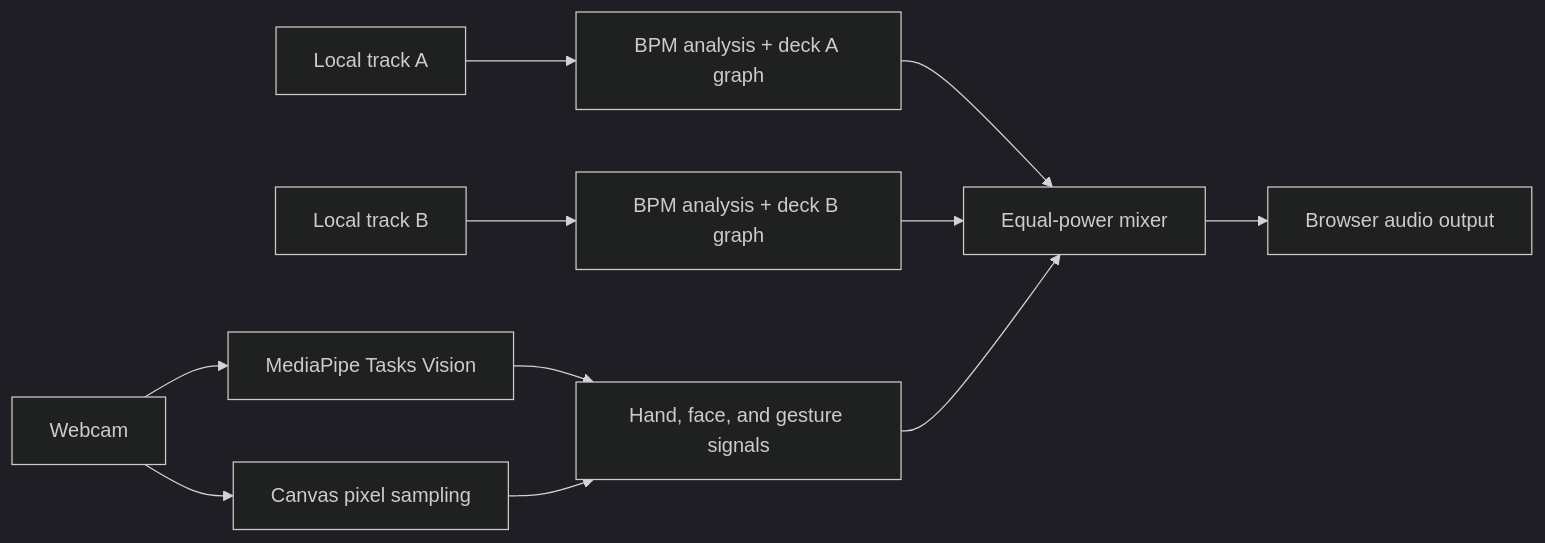
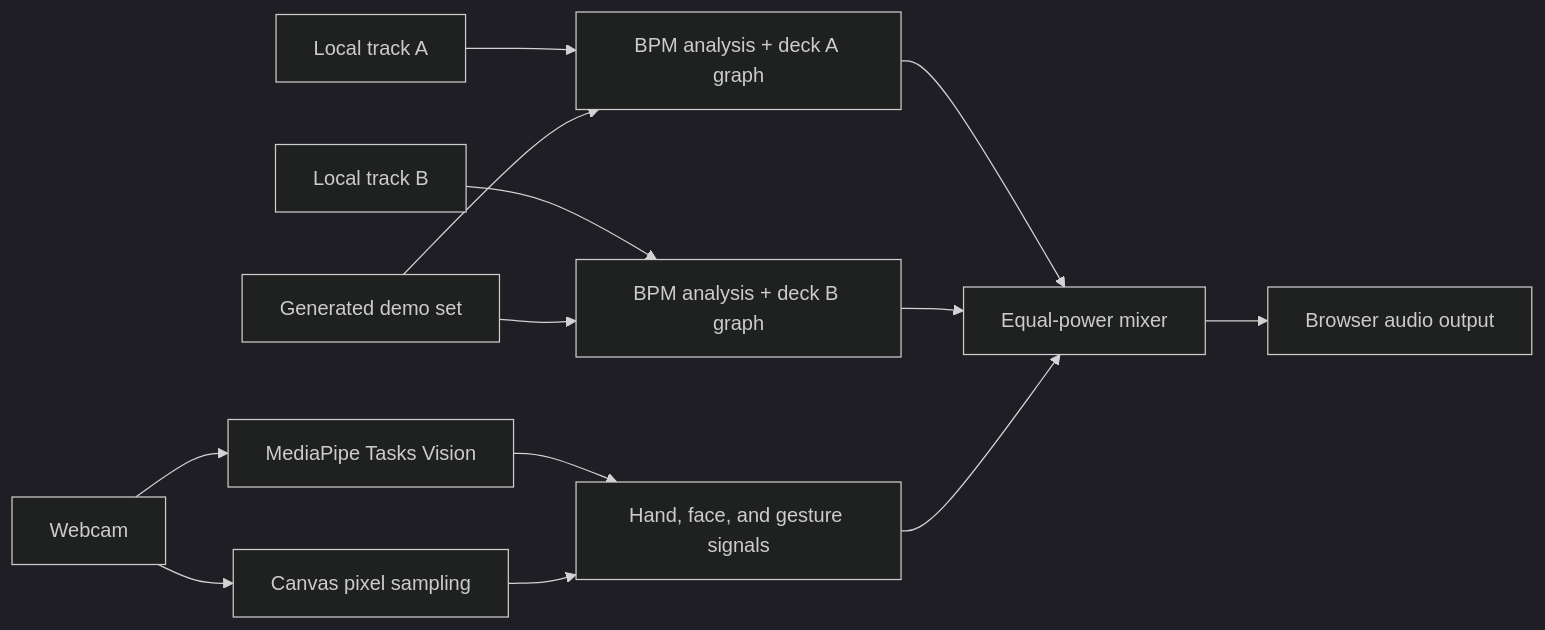
The diagram in README.md (kaantaskentt/conductor-vision), drawn with Mermaid (dark theme) before and after one commit. The commit also changed other lines of this file and 33 other files, not shown here.

````diff
--- a/README.md
+++ b/README.md
@@ -70,13 +79,15 @@
 ```mermaid
 flowchart LR
   Camera["Webcam"] --> Vision["MediaPipe Tasks Vision"]
   Vision --> Signals["Hand, face, and gesture signals"]
   Camera --> Pixels["Canvas pixel sampling"]
   Pixels --> Signals
   DeckA["Local track A"] --> TempoA["BPM analysis + deck A graph"]
   DeckB["Local track B"] --> TempoB["BPM analysis + deck B graph"]
+  Demo["Generated demo set"] --> TempoA
+  Demo --> TempoB
   TempoA --> Mixer["Equal-power mixer"]
   TempoB --> Mixer
   Signals --> Mixer
   Mixer --> Output["Browser audio output"]
 ```
````
